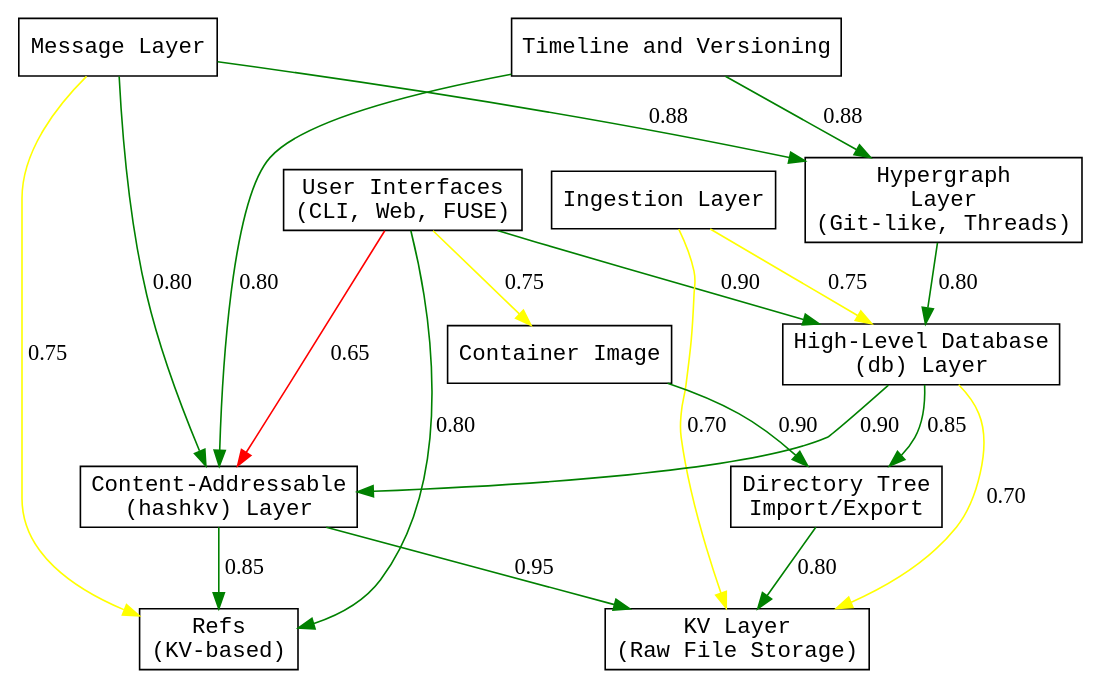
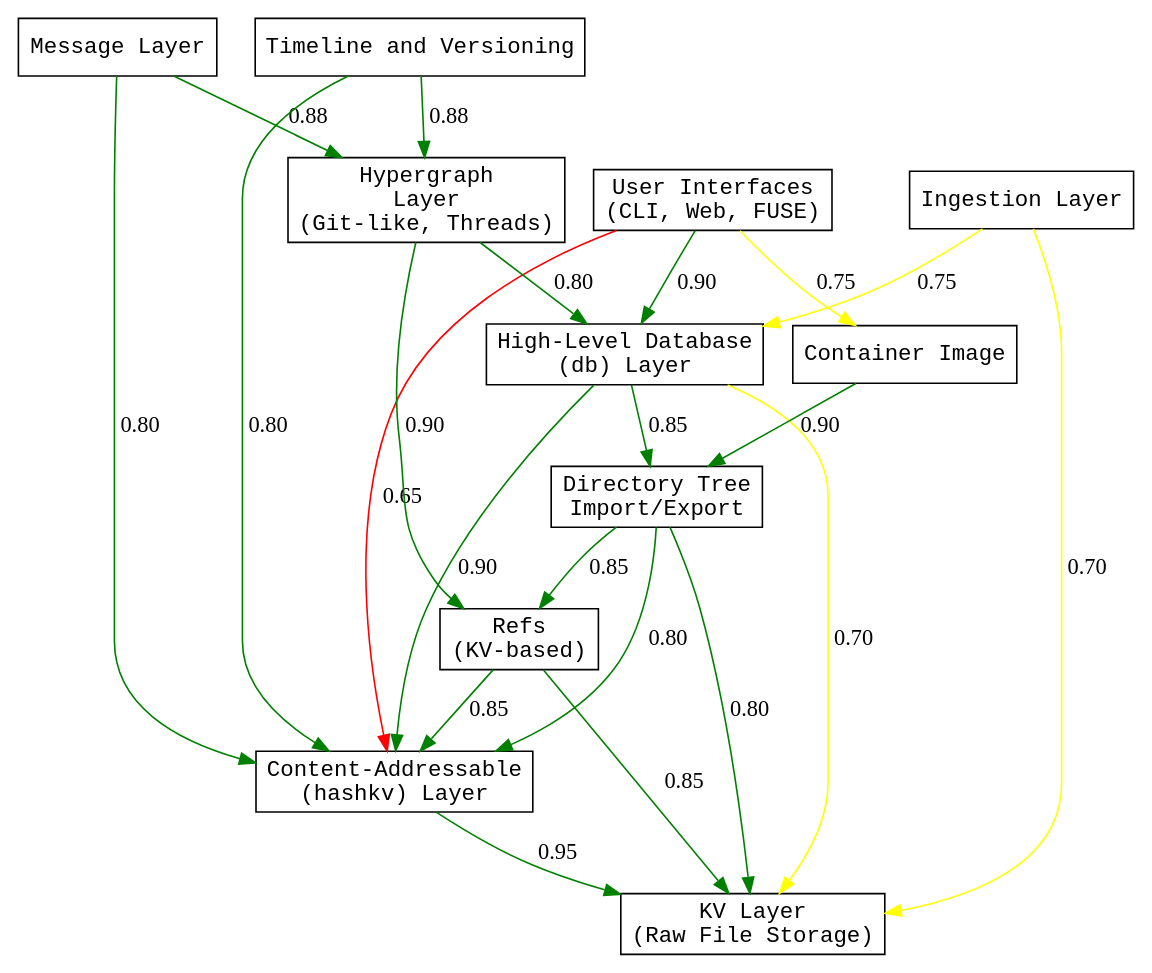
One commit to stevegt/promisebase changed the diagram in x/layers.dot. Above: the diagram before and after it, drawn with Graphviz. The commit also changed 2 other files, not shown here.

```diff
--- a/x/layers.dot
+++ b/x/layers.dot
@@ -1,50 +1,52 @@
 digraph Layers {
   rankdir=TB;
   node [shape=box, style=filled, fillcolor=white,
   fontname="monospace"];
 
   UI [label="User Interfaces\n(CLI, Web, FUSE)"];
   Message [label="Message Layer"];
   Timeline [label="Timeline and Versioning"];
   Ingest [label="Ingestion Layer"];
   HGraph [label="Hypergraph\nLayer\n(Git-like, Threads)"];
   DB [label="High-Level Database\n(db) Layer"];
   Refs [label="Refs\n(KV-based)"];
   HashKV [label="Content-Addressable\n(hashkv) Layer"];
   KV [label="KV Layer\n(Raw File Storage)"];
   DirTree [label="Directory Tree\nImport/Export"];
   ContainerImage [label="Container Image"];
 
   // Multiple roots with no incoming edges.
   UI -> DB [label="0.90", color="green"];
   Message -> HGraph [label="0.88", color="green"];
   Timeline -> HGraph [label="0.88", color="green"];
   Ingest -> DB [label="0.75", color="yellow"];
   HGraph -> DB [label="0.80", color="green"];
 
   // Alternative connections from roots.
   UI -> HashKV [label="0.65", color="red"];
   Message -> HashKV [label="0.80", color="green"];
   Timeline -> HashKV [label="0.80", color="green"];
   Ingest -> KV [label="0.70", color="yellow"];
 
   // Ref integration via storage backends.
-  HashKV -> Refs [label="0.85", color="green"];
-  UI -> Refs [label="0.80", color="green"];
-  Message -> Refs [label="0.75", color="yellow"];
+  Refs -> HashKV [label="0.85", color="green"];
+  Refs -> KV [label="0.85", color="green"];
+  HGraph -> Refs [label="0.90", color="green"];
 
   // Primary flow from DB downwards.
   DB -> HashKV [label="0.90", color="green"];
   DB -> KV [label="0.70", color="yellow"];
 
   // Directory tree import/export module.
   DB -> DirTree [label="0.85", color="green"];
   DirTree -> KV [label="0.80", color="green"];
+  DirTree -> HashKV [label="0.80", color="green"];
+  DirTree -> Refs [label="0.85", color="green"];
 
   // Container image layer pointing to directory tree.
   UI -> ContainerImage [label="0.75", color="yellow"];
   ContainerImage -> DirTree [label="0.90", color="green"];
 
   // Flow from hashkv to KV storage.
   HashKV -> KV [label="0.95", color="green"];
 }
```
